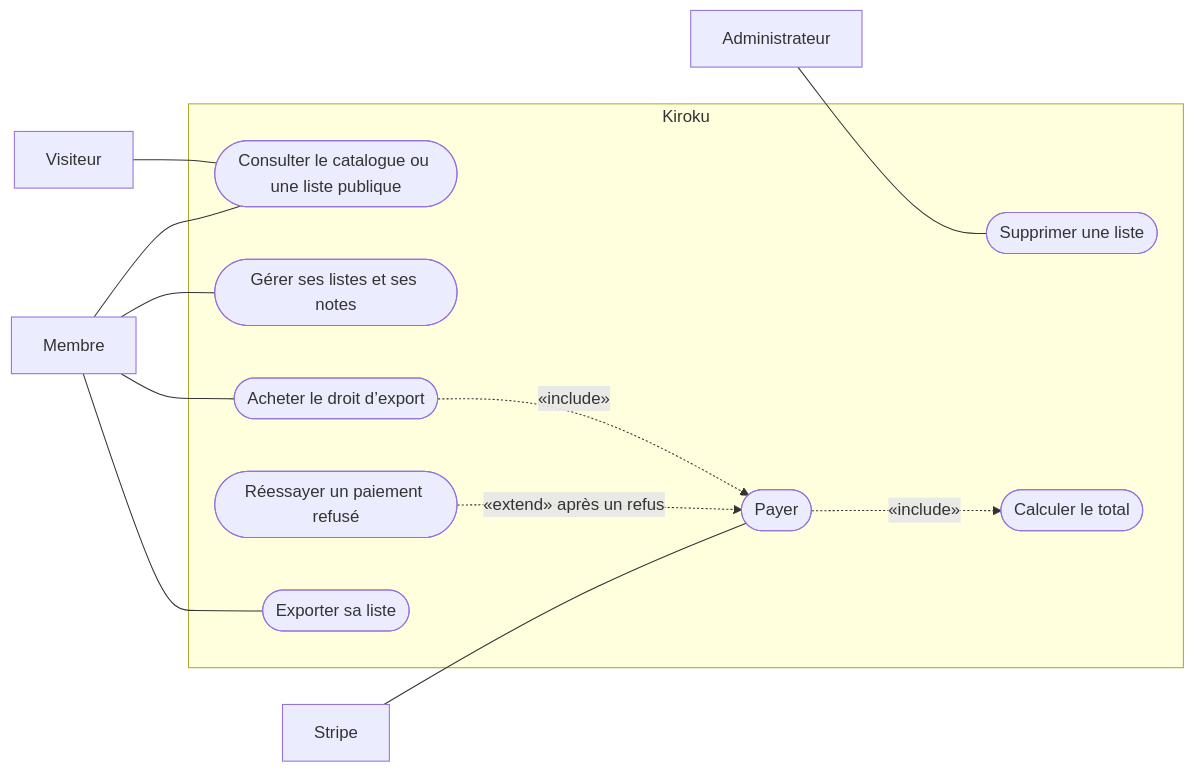
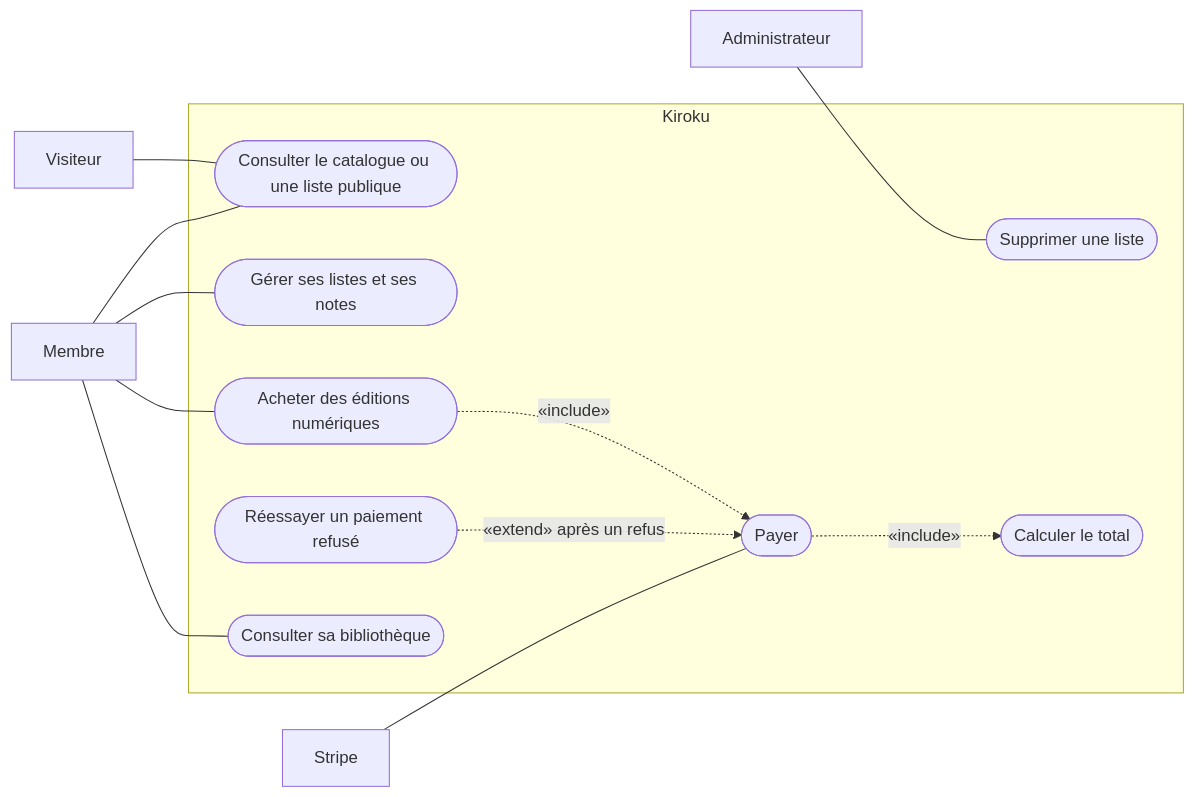
One commit to Jaska28/Kiroku-TP2-ServiceWeb changed the first of 2 diagrams in docs/cahier-des-charges.md. Above: the diagram before and after it, drawn with Mermaid. The commit also changed other lines of this file, not shown here.

````diff
--- a/docs/cahier-des-charges.md
+++ b/docs/cahier-des-charges.md
@@ -126,24 +127,24 @@
 ```mermaid
 flowchart LR
     V[Visiteur]
     M[Membre]
     A[Administrateur]
     S[Stripe]
     subgraph Kiroku
         C([Consulter le catalogue ou une liste publique])
         L([Gérer ses listes et ses notes])
-        B([Acheter le droit d’export])
+        B([Acheter des éditions numériques])
         P([Payer])
         R([Réessayer un paiement refusé])
-        E([Exporter sa liste])
+        E([Consulter sa bibliothèque])
         D([Supprimer une liste])
         T([Calculer le total])
     end
     V --- C
     M --- C & L & B & E
     A --- D
     B -. "«include»" .-> P
     P -. "«include»" .-> T
     R -. "«extend» après un refus" .-> P
     S --- P
 ```
````
